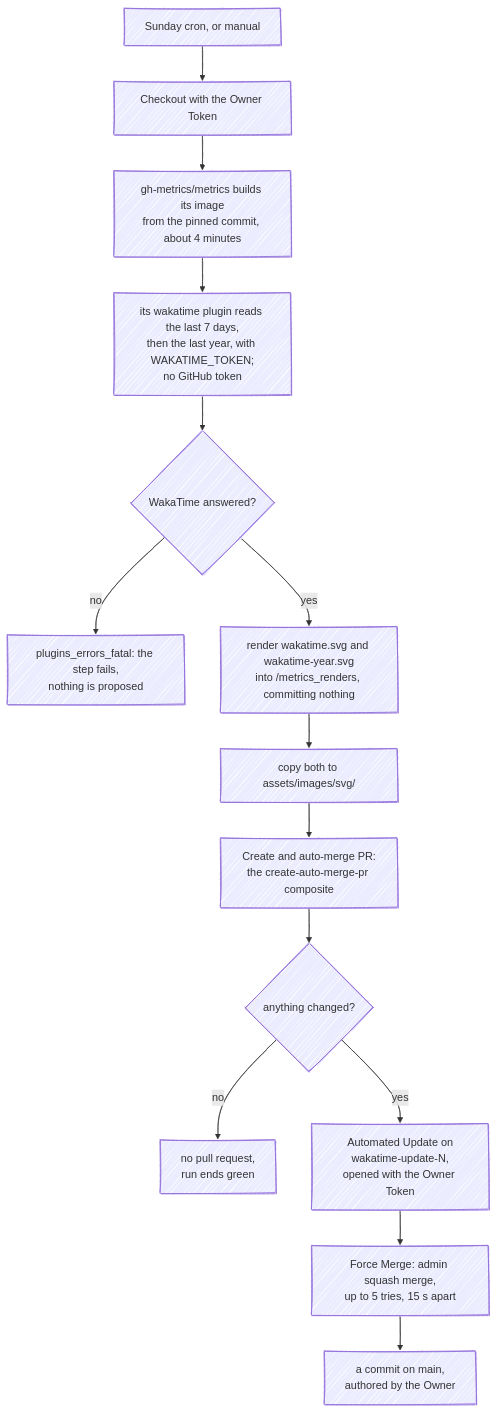
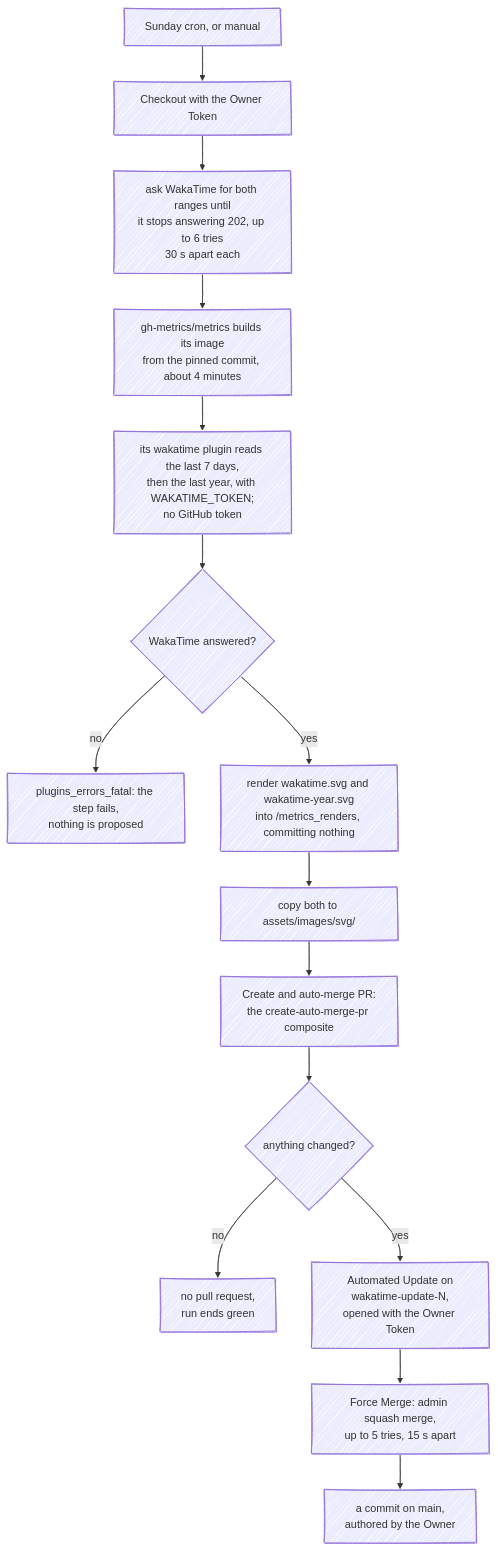
One commit to fbuireu/fbuireu changed the third of 9 diagrams in ARCHITECTURE.md. Above: the diagram before and after it, drawn with Mermaid. The commit also changed other lines of this file and 2 other files, not shown here.

First line of the commit message:
fix: wait for WakaTime to finish calculating before drawing the cards

````diff
--- a/ARCHITECTURE.md
+++ b/ARCHITECTURE.md
@@ -138,21 +138,22 @@
 ```mermaid
 ---
 config:
   look: handDrawn
   layout: dagre
 ---
 flowchart TD
     cron["Sunday cron, or manual"] --> checkout["Checkout with the Owner Token"]
-    checkout --> build["gh-metrics/metrics builds its image<br/>from the pinned commit, about 4 minutes"]
+    checkout --> warm["ask WakaTime for both ranges until<br/>it stops answering 202, up to 6 tries<br/>30 s apart each"]
+    warm --> build["gh-metrics/metrics builds its image<br/>from the pinned commit, about 4 minutes"]
     build --> fetch["its wakatime plugin reads the last 7 days,<br/>then the last year, with WAKATIME_TOKEN;<br/>no GitHub token"]
     fetch --> answered{"WakaTime answered?"}
     answered -->|no| failed["plugins_errors_fatal: the step fails,<br/>nothing is proposed"]
     answered -->|yes| render["render wakatime.svg and wakatime-year.svg<br/>into /metrics_renders, committing nothing"]
     render --> copy["copy both to assets/images/svg/"]
     copy --> composite["Create and auto-merge PR:<br/>the create-auto-merge-pr composite"]
     composite --> diff{"anything changed?"}
     diff -->|no| none["no pull request,<br/>run ends green"]
     diff -->|yes| pr["Automated Update on<br/>wakatime-update-N,<br/>opened with the Owner Token"]
     pr --> merge["Force Merge: admin squash merge,<br/>up to 5 tries, 15 s apart"]
     merge --> main["a commit on main,<br/>authored by the Owner"]
 ```
````
